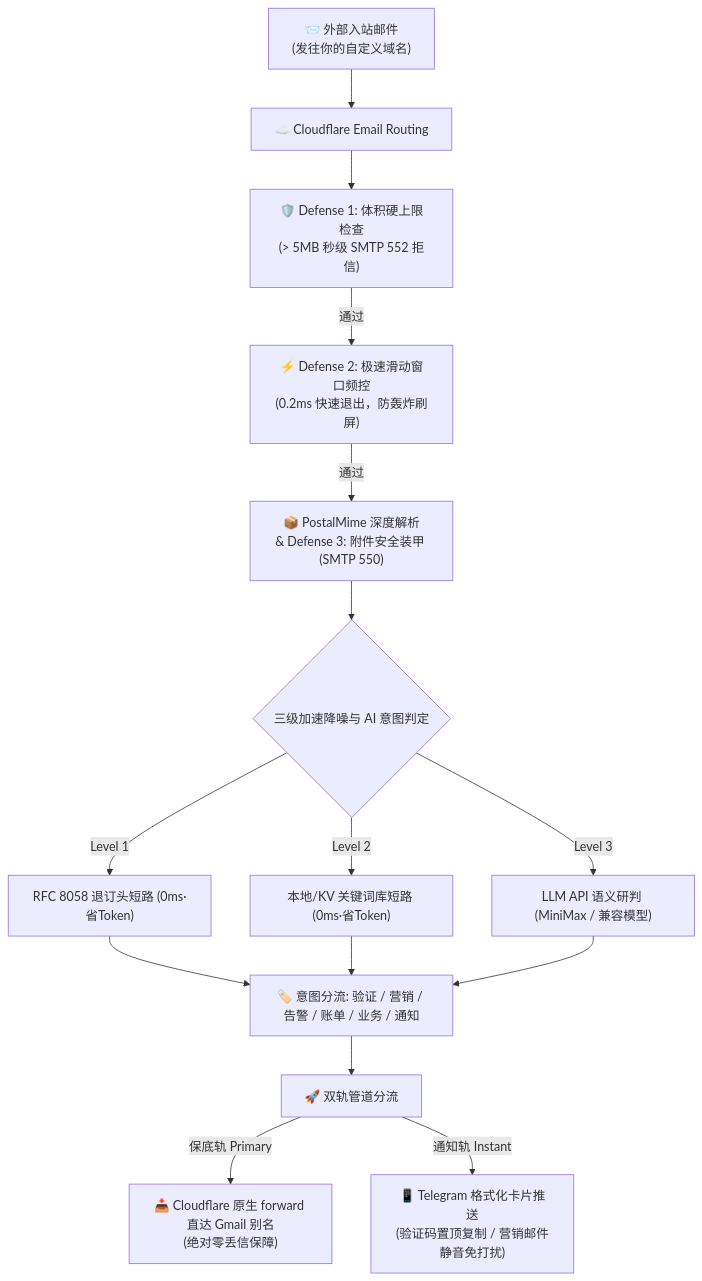
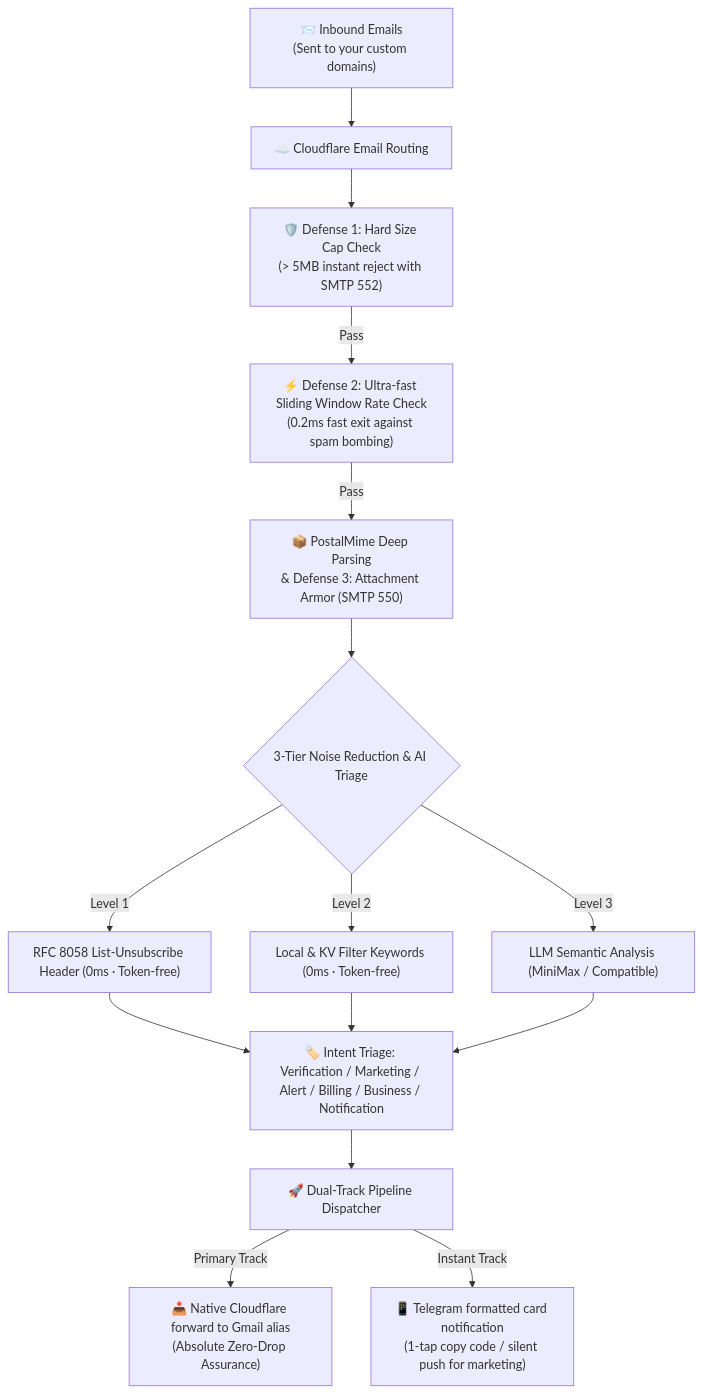
The diagram in README.md (Sacilave/cf-mail2tg-aibot), drawn with Mermaid before and after one commit. The commit also changed other lines of this file and 29 other files, not shown here.

````diff
--- a/README.md
+++ b/README.md
@@ -52,22 +97,22 @@
 ```mermaid
 flowchart TD
-    A["📨 外部入站邮件\n(发往你的自定义域名)"] --> B["☁️ Cloudflare Email Routing"]
-    B --> C["🛡️ Defense 1: 体积硬上限检查\n(> 5MB 秒级 SMTP 552 拒信)"]
+    A["📨 Inbound Emails\n(Sent to your custom domains)"] --> B["☁️ Cloudflare Email Routing"]
+    B --> C["🛡️ Defense 1: Hard Size Cap Check\n(> 5MB instant reject with SMTP 552)"]
     
-    C -->|通过| D["⚡ Defense 2: 极速滑动窗口频控\n(0.2ms 快速退出，防轰炸刷屏)"]
+    C -->|Pass| D["⚡ Defense 2: Ultra-fast Sliding Window Rate Check\n(0.2ms fast exit against spam bombing)"]
     
-    D -->|通过| E["📦 PostalMime 深度解析\n& Defense 3: 附件安全装甲 (SMTP 550)"]
+    D -->|Pass| E["📦 PostalMime Deep Parsing\n& Defense 3: Attachment Armor (SMTP 550)"]
     
-    E --> F{"三级加速降噪与 AI 意图判定"}
-    F -->|Level 1| G["RFC 8058 退订头短路 (0ms·省Token)"]
-    F -->|Level 2| H["本地/KV 关键词库短路 (0ms·省Token)"]
-    F -->|Level 3| I["LLM API 语义研判 (MiniMax / 兼容模型)"]
+    E --> F{"3-Tier Noise Reduction & AI Triage"}
+    F -->|Level 1| G["RFC 8058 List-Unsubscribe Header (0ms · Token-free)"]
+    F -->|Level 2| H["Local & KV Filter Keywords (0ms · Token-free)"]
+    F -->|Level 3| I["LLM Semantic Analysis (MiniMax / Compatible)"]
     
-    G --> J["🏷️ 意图分流: 验证 / 营销 / 告警 / 账单 / 业务 / 通知"]
+    G --> J["🏷️ Intent Triage: Verification / Marketing / Alert / Billing / Business / Notification"]
     H --> J
     I --> J
 
-    J --> K["🚀 双轨管道分流"]
-    K -->|保底轨 Primary| L["📥 Cloudflare 原生 forward 直达 Gmail 别名\n(绝对零丢信保障)"]
-    K -->|通知轨 Instant| M["📱 Telegram 格式化卡片推送\n(验证码置顶复制 / 营销邮件静音免打扰)"]
+    J --> K["🚀 Dual-Track Pipeline Dispatcher"]
+    K -->|Primary Track| L["📥 Native Cloudflare forward to Gmail alias\n(Absolute Zero-Drop Assurance)"]
+    K -->|Instant Track| M["📱 Telegram formatted card notification\n(1-tap copy code / silent push for marketing)"]
 ```
````
